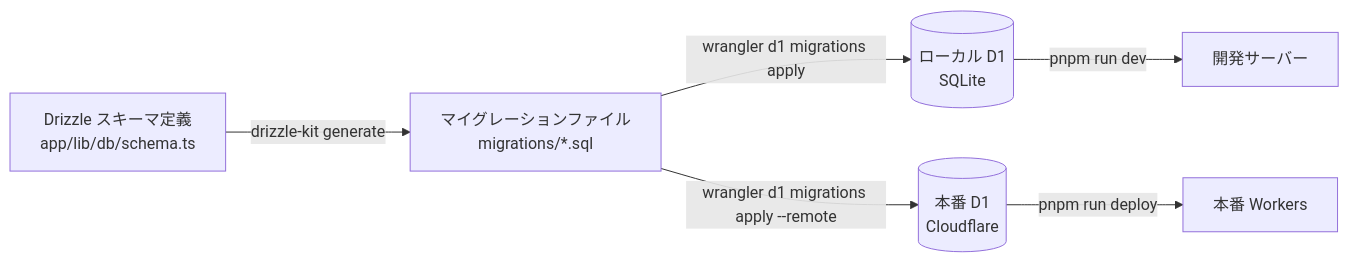
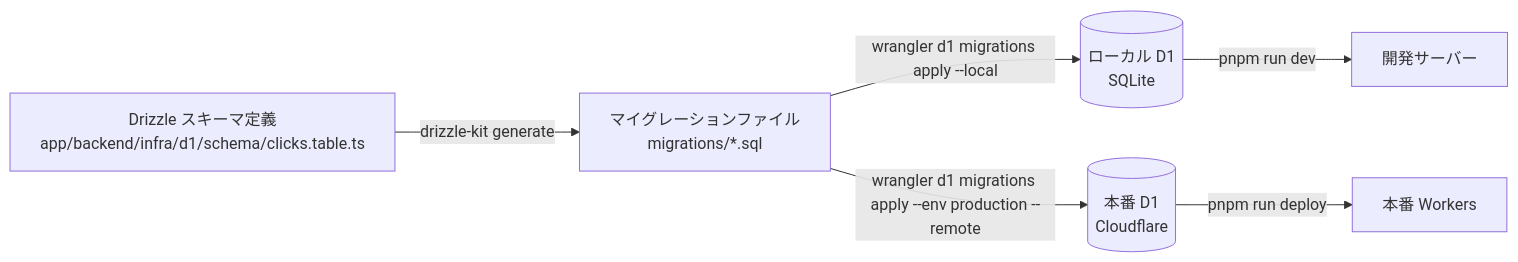
The third of 4 diagrams in .kiro/specs/d1-drizzle-counter-demo/design.md (yantene/yantene.net), drawn with Mermaid before and after one commit. The commit also changed other lines of this file and 1 other file, not shown here.

First line of the commit message:
D1+Drizzle デモをクリーンアーキテクチャで再設計

````diff
--- a/.kiro/specs/d1-drizzle-counter-demo/design.md
+++ b/.kiro/specs/d1-drizzle-counter-demo/design.md
@@ -139,9 +201,9 @@
 ```mermaid
 graph LR
-    Schema[Drizzle スキーマ定義<br>app/lib/db/schema.ts] -->|drizzle-kit generate| Migration[マイグレーションファイル<br>migrations/*.sql]
-    Migration -->|wrangler d1 migrations apply| LocalDB[(ローカル D1<br>SQLite)]
-    Migration -->|wrangler d1 migrations apply --remote| RemoteDB[(本番 D1<br>Cloudflare)]
+    Schema[Drizzle スキーマ定義<br>app/backend/infra/d1/schema/clicks.table.ts] -->|drizzle-kit generate| Migration[マイグレーションファイル<br>migrations/*.sql]
+    Migration -->|wrangler d1 migrations apply --local| LocalDB[(ローカル D1<br>SQLite)]
+    Migration -->|wrangler d1 migrations apply --env production --remote| RemoteDB[(本番 D1<br>Cloudflare)]
 
     LocalDB -->|pnpm run dev| DevServer[開発サーバー]
     RemoteDB -->|pnpm run deploy| Production[本番 Workers]
 ```
````
